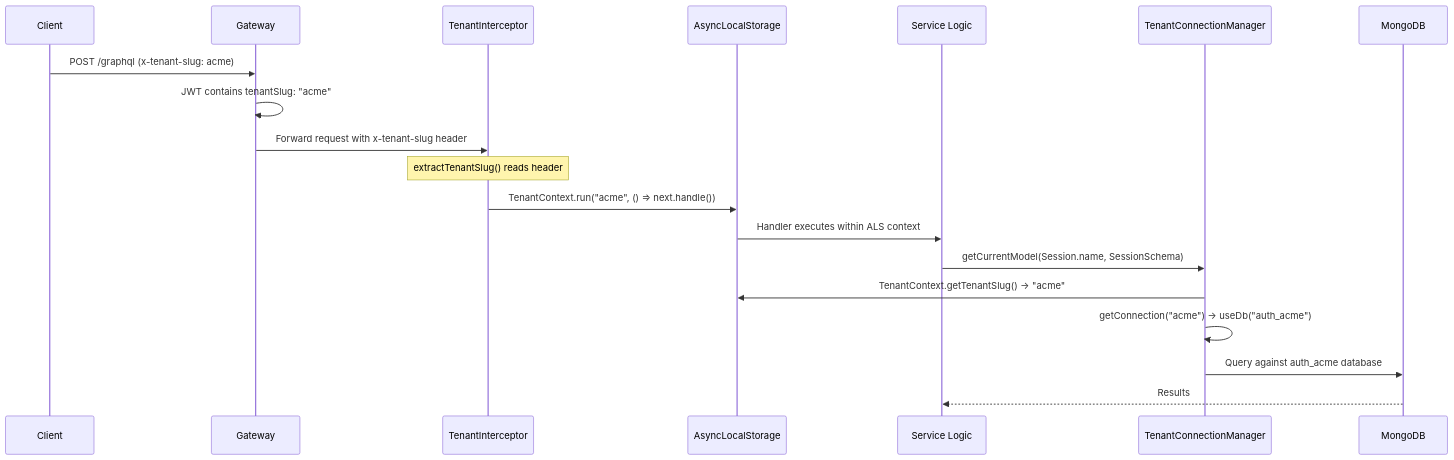
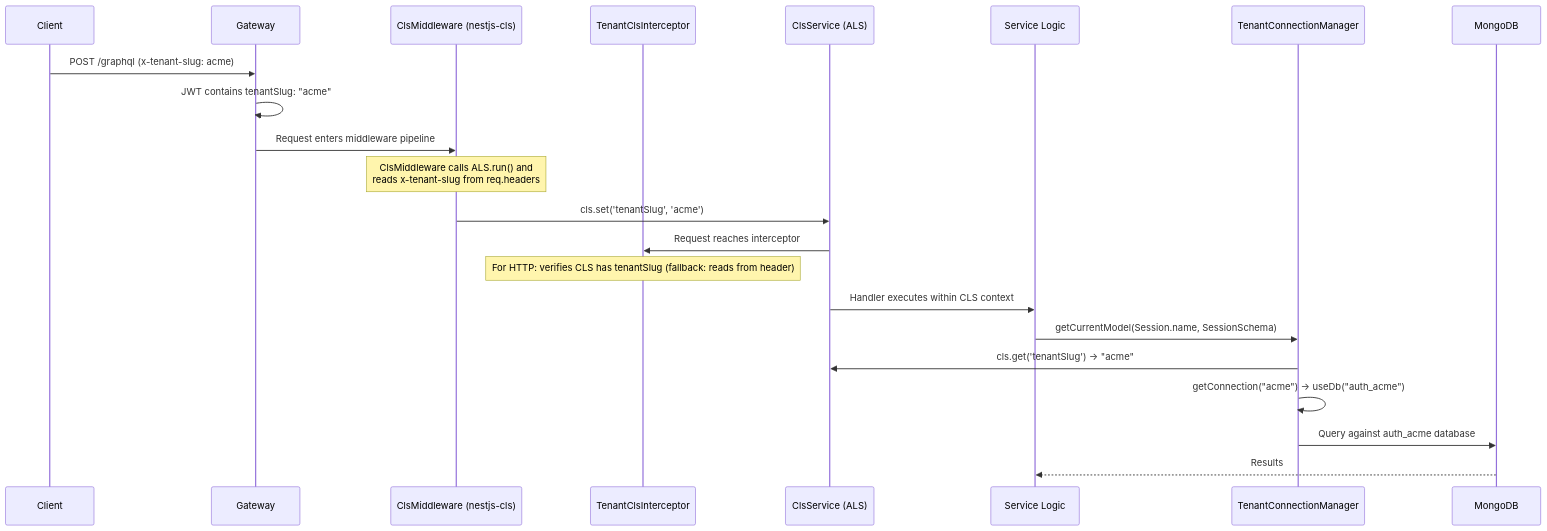
The first of 5 diagrams in docs/architecture/multi-tenant.md (CucuProject/cucu-docs), drawn with Mermaid before and after one commit. The commit also changed other lines of this file and 8 other files, not shown here.

First line of the commit message:
docs: update for nestjs-cls migration, JWT auth middleware, gateway refactor

````diff
--- a/docs/architecture/multi-tenant.md
+++ b/docs/architecture/multi-tenant.md
@@ -19,24 +24,28 @@
 ```mermaid
 sequenceDiagram
     participant Client
     participant Gateway
-    participant Interceptor as TenantInterceptor
-    participant ALS as AsyncLocalStorage
+    participant ClsMW as ClsMiddleware (nestjs-cls)
+    participant Interceptor as TenantClsInterceptor
+    participant CLS as ClsService (ALS)
     participant Service as Service Logic
     participant ConnMgr as TenantConnectionManager
     participant MongoDB
 
     Client->>Gateway: POST /graphql (x-tenant-slug: acme)
     Gateway->>Gateway: JWT contains tenantSlug: "acme"
-    Gateway->>Interceptor: Forward request with x-tenant-slug header
-
-    Note over Interceptor: extractTenantSlug() reads header
-    Interceptor->>ALS: TenantContext.run("acme", () => next.handle())
+    Gateway->>ClsMW: Request enters middleware pipeline
     
-    ALS->>Service: Handler executes within ALS context
+    Note over ClsMW: ClsMiddleware calls ALS.run() and<br/>reads x-tenant-slug from req.headers
+    ClsMW->>CLS: cls.set('tenantSlug', 'acme')
+    
+    CLS->>Interceptor: Request reaches interceptor
+    Note over Interceptor: For HTTP: verifies CLS has tenantSlug (fallback: reads from header)
+    
+    CLS->>Service: Handler executes within CLS context
     Service->>ConnMgr: getCurrentModel(Session.name, SessionSchema)
-    ConnMgr->>ALS: TenantContext.getTenantSlug() → "acme"
+    ConnMgr->>CLS: cls.get('tenantSlug') → "acme"
     ConnMgr->>ConnMgr: getConnection("acme") → useDb("auth_acme")
     ConnMgr->>MongoDB: Query against auth_acme database
     MongoDB-->>Service: Results
 ```
````
